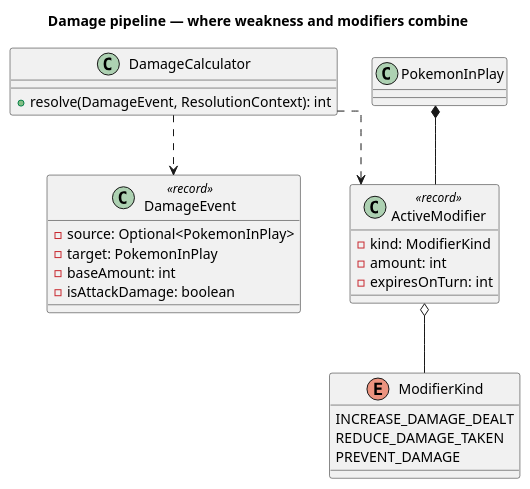
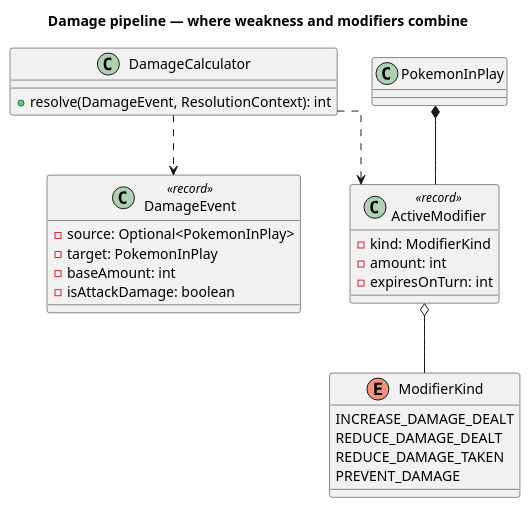
The first of 2 diagrams in docs/UML/Damage.puml (Richie-Moon/TCGPocketBattler), drawn with PlantUML before and after one commit. The commit also changed other lines of this file and 20 other files, not shown here.

```diff
--- a/docs/UML/Damage.puml
+++ b/docs/UML/Damage.puml
@@ -1,46 +1,47 @@
 @startuml
 title Damage pipeline — where weakness and modifiers combine
 
 skinparam linetype ortho
 
 /'
-  DealDamage names only an amount and a target, so weakness, ReduceDamage and
-  IncreaseDamage had nowhere to meet, and IDurationEffect's `duration` had
+  DealDamage names only an amount and a target, so weakness, ReduceDamageTaken,
+  ReduceDamageDealt and IncreaseDamage had nowhere to meet, and IDurationEffect's `duration` had
   nowhere to be stored. Both are fixed here.
 '/
 
 class DamageEvent <<record>> {
     - source: Optional<PokemonInPlay>
     - target: PokemonInPlay
     - baseAmount: int
     /' False for spread/bench damage and for between-turns poison and burn,
        which skip weakness and most modifiers. '/
     - isAttackDamage: boolean
 }
 
 class DamageCalculator {
     + resolve(DamageEvent, ResolutionContext): int
 }
 
 /'
   Installed on PokemonInPlay by an IDurationEffect and expired between turns.
   This is the storage that IDurationEffect previously lacked.
 '/
 class ActiveModifier <<record>> {
     - kind: ModifierKind
     - amount: int
     - expiresOnTurn: int
 }
 
 enum ModifierKind {
     INCREASE_DAMAGE_DEALT
+    REDUCE_DAMAGE_DEALT
     REDUCE_DAMAGE_TAKEN
     PREVENT_DAMAGE
 }
 
 DamageCalculator ..> DamageEvent
 DamageCalculator ..> ActiveModifier
 ActiveModifier o-- ModifierKind
 PokemonInPlay *-- ActiveModifier
 
 @enduml
```
